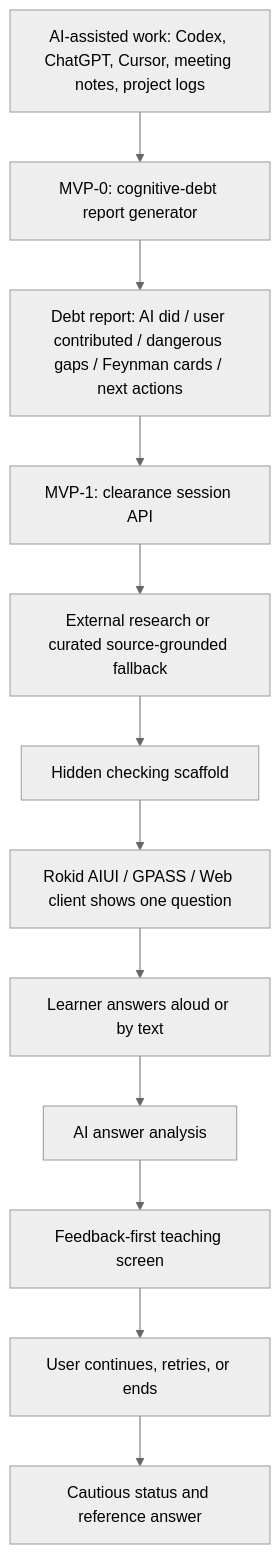
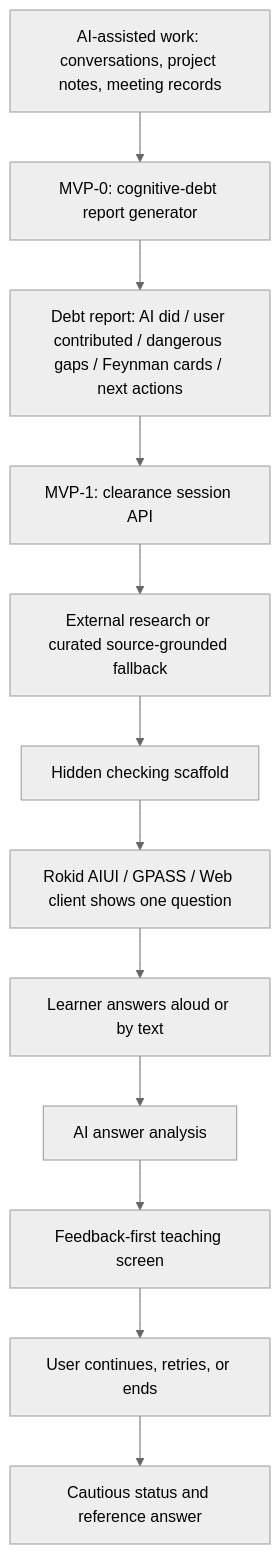
One commit to velamints2/mindiou changed the first of 2 diagrams in docs/competition/technical-documentation.md. Above: the diagram before and after it, drawn with Mermaid (neutral theme). The commit also changed other lines of this file and 131 other files, not shown here.

````diff
--- a/docs/competition/technical-documentation.md
+++ b/docs/competition/technical-documentation.md
@@ -27,14 +30,14 @@
 ```mermaid
 flowchart TD
-  A["AI-assisted work: Codex, ChatGPT, Cursor, meeting notes, project logs"] --> B["MVP-0: cognitive-debt report generator"]
+  A["AI-assisted work: conversations, project notes, meeting records"] --> B["MVP-0: cognitive-debt report generator"]
   B --> C["Debt report: AI did / user contributed / dangerous gaps / Feynman cards / next actions"]
   C --> D["MVP-1: clearance session API"]
   D --> E["External research or curated source-grounded fallback"]
   E --> F["Hidden checking scaffold"]
   F --> G["Rokid AIUI / GPASS / Web client shows one question"]
   G --> H["Learner answers aloud or by text"]
   H --> I["AI answer analysis"]
   I --> J["Feedback-first teaching screen"]
   J --> K["User continues, retries, or ends"]
   K --> L["Cautious status and reference answer"]
 ```
````
